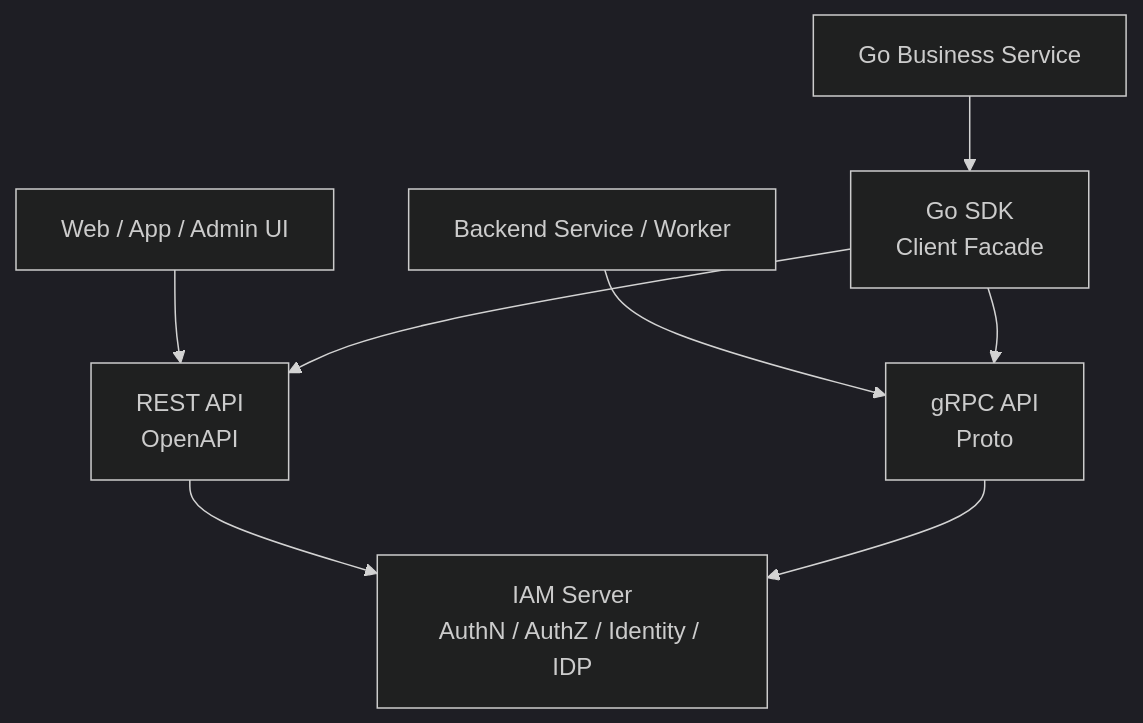
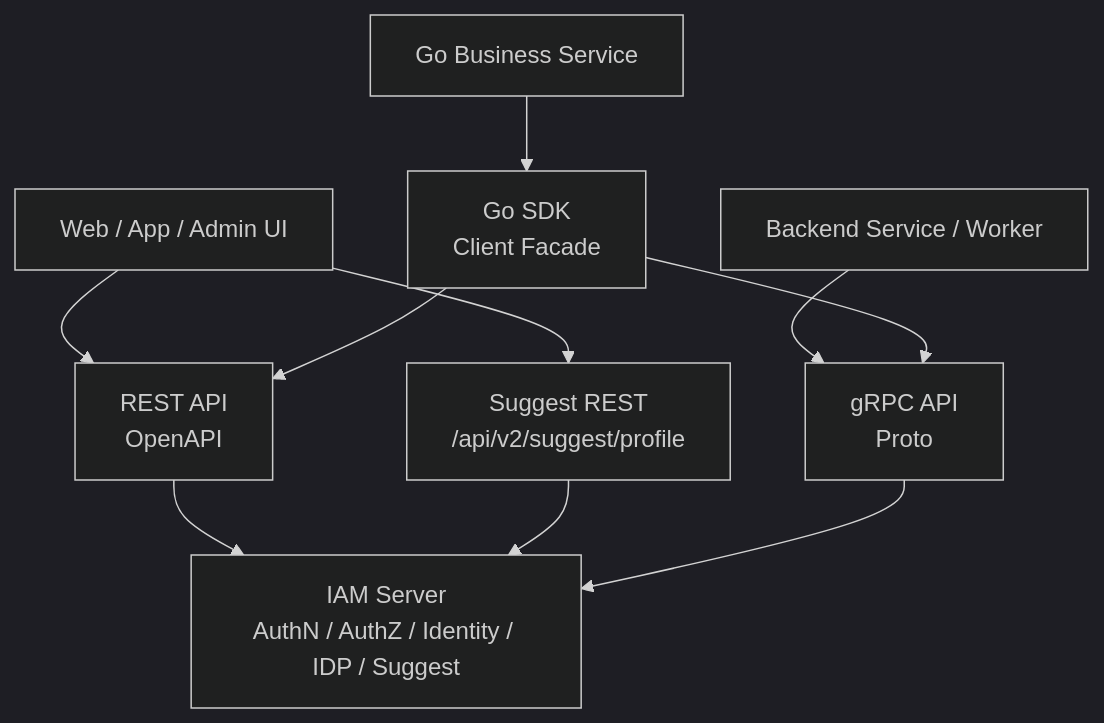
One commit to FangcunMount/iam changed diagram 25 of 35 in docs/07-宣讲/12-架构图素材索引.md. Above: the diagram before and after it, drawn with Mermaid (dark theme). The commit also changed other lines of this file and 16 other files, not shown here.

````diff
--- a/docs/07-宣讲/12-架构图素材索引.md
+++ b/docs/07-宣讲/12-架构图素材索引.md
@@ -1243,18 +1314,20 @@
 ```mermaid
 flowchart TD
     Web["Web / App / Admin UI"]
     Service["Backend Service / Worker"]
     GoService["Go Business Service"]
 
     REST["REST API<br/>OpenAPI"]
+    SuggestREST["Suggest REST<br/>/api/v2/suggest/profile"]
     GRPC["gRPC API<br/>Proto"]
     SDK["Go SDK<br/>Client Facade"]
 
-    IAM["IAM Server<br/>AuthN / AuthZ / Identity / IDP"]
+    IAM["IAM Server<br/>AuthN / AuthZ / Identity / IDP / Suggest"]
 
     Web --> REST --> IAM
+    Web --> SuggestREST --> IAM
     Service --> GRPC --> IAM
     GoService --> SDK
     SDK --> REST
     SDK --> GRPC
 ```
````
